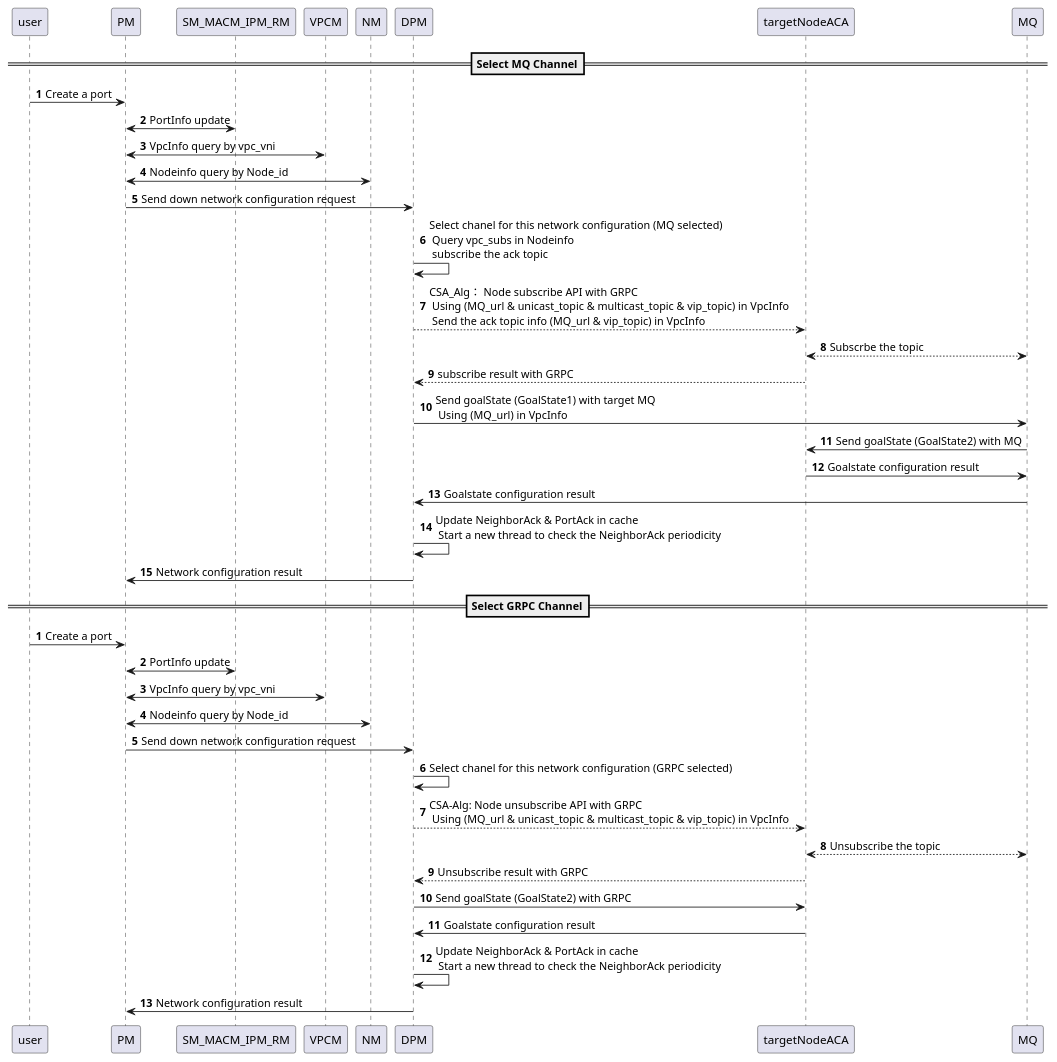
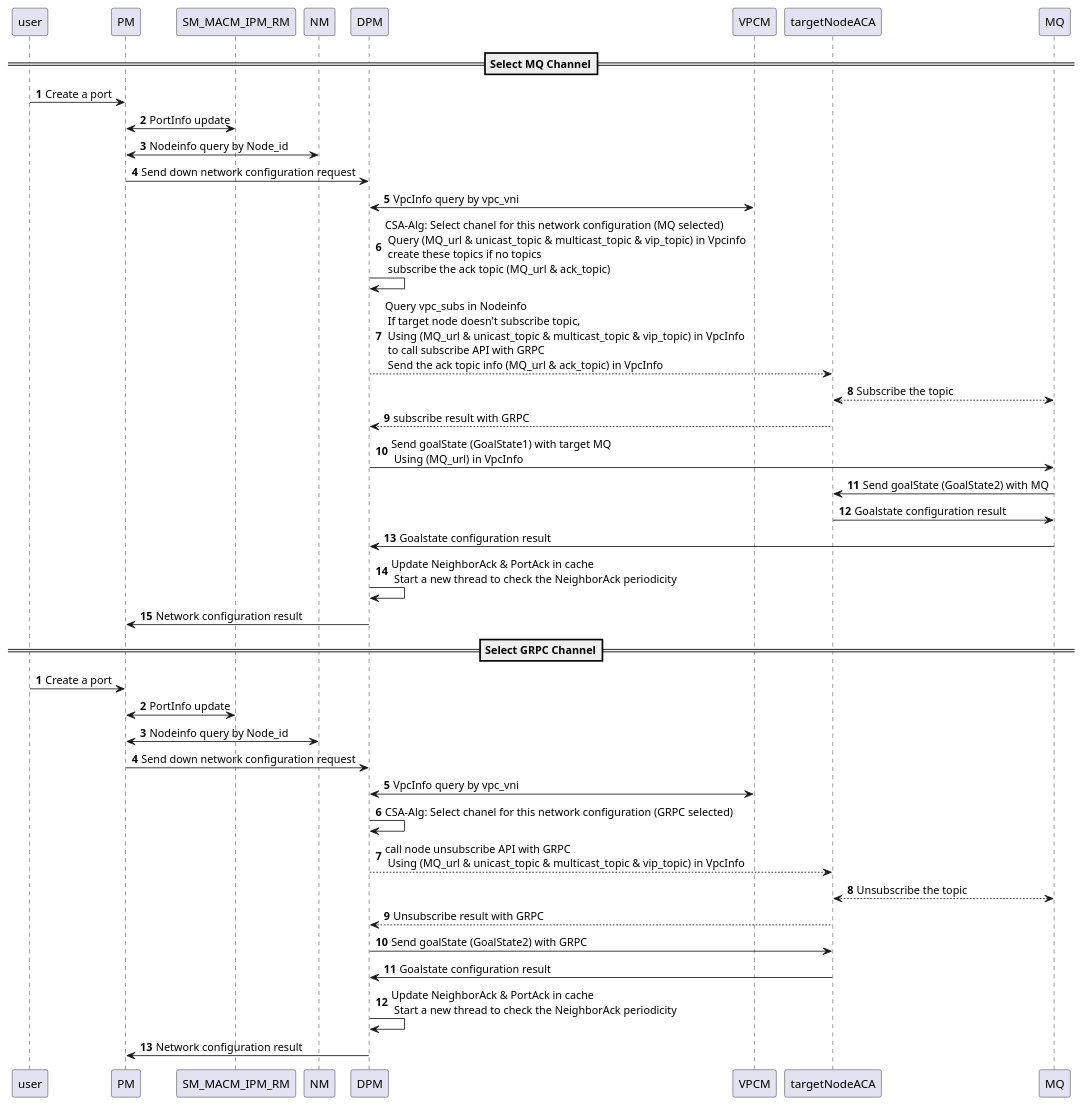
The diagram in docs/modules/ROOT/workflows/MQ_portcreate.puml (futurewei-cloud/alcor), drawn with PlantUML before and after one commit. The commit also changed 5 other files, not shown here.

```diff
--- a/docs/modules/ROOT/workflows/MQ_portcreate.puml
+++ b/docs/modules/ROOT/workflows/MQ_portcreate.puml
@@ -1,51 +1,51 @@
 @startuml
 'https://plantuml.com/sequence-diagram
 
 
 == Select MQ Channel==
 autonumber
 
 user -> PM: Create a port
 PM <-> SM_MACM_IPM_RM: PortInfo update
-PM <-> VPCM: VpcInfo query by vpc_vni
 PM <-> NM: Nodeinfo query by Node_id
 PM -> DPM: Send down network configuration request
-DPM ->DPM: Select chanel for this network configuration (MQ selected)\n Query vpc_subs in Nodeinfo \n subscribe the ack topic
+DPM <-> VPCM: VpcInfo query by vpc_vni
+DPM ->DPM: CSA-Alg: Select chanel for this network configuration (MQ selected)\n Query (MQ_url & unicast_topic & multicast_topic & vip_topic) in Vpcinfo \n create these topics if no topics \n subscribe the ack topic (MQ_url & ack_topic)
 'DPM <-> VPCM: VPC info query
 'DPM <->NM: Query whether target node subscript vpc topic or not
-DPM --> targetNodeACA: CSA_Alg： Node subscribe API with GRPC\n Using (MQ_url & unicast_topic & multicast_topic & vip_topic) in VpcInfo \n Send the ack topic info (MQ_url & vip_topic) in VpcInfo
-targetNodeACA <--> MQ: Subscrbe the topic
+DPM --> targetNodeACA: Query vpc_subs in Nodeinfo \n If target node doesn't subscribe topic, \n Using (MQ_url & unicast_topic & multicast_topic & vip_topic) in VpcInfo \n to call subscribe API with GRPC  \n Send the ack topic info (MQ_url & ack_topic) in VpcInfo
+targetNodeACA <--> MQ: Subscribe the topic
 targetNodeACA --> DPM: subscribe result with GRPC
 'DPM -> NM: Node subscription info update
 DPM -> MQ: Send goalState (GoalState1) with target MQ\n Using (MQ_url) in VpcInfo
 MQ -> targetNodeACA: Send goalState (GoalState2) with MQ
 targetNodeACA -> MQ: Goalstate configuration result
 MQ -> DPM: Goalstate configuration result
 DPM -> DPM: Update NeighborAck & PortAck in cache \n Start a new thread to check the NeighborAck periodicity
 DPM -> PM: Network configuration result
 
 
 
 == Select GRPC Channel==
 autonumber
 
 user -> PM: Create a port
 PM <-> SM_MACM_IPM_RM: PortInfo update
-PM <-> VPCM: VpcInfo query by vpc_vni
 PM <-> NM: Nodeinfo query by Node_id
 PM -> DPM: Send down network configuration request
-DPM ->DPM: Select chanel for this network configuration (GRPC selected)
+DPM <-> VPCM: VpcInfo query by vpc_vni
+DPM ->DPM: CSA-Alg: Select chanel for this network configuration (GRPC selected)
 'DPM <-> VPCM: VPC info query
 'DPM <->NM: Query whether target node subscript vpc topic or not
-DPM --> targetNodeACA: CSA-Alg: Node unsubscribe API with GRPC\n Using (MQ_url & unicast_topic & multicast_topic & vip_topic) in VpcInfo
+DPM --> targetNodeACA: call node unsubscribe API with GRPC\n Using (MQ_url & unicast_topic & multicast_topic & vip_topic) in VpcInfo
 targetNodeACA <--> MQ: Unsubscribe the topic
 targetNodeACA --> DPM: Unsubscribe result with GRPC
 'DPM -> NM: Node subscription info update
 DPM -> targetNodeACA: Send goalState (GoalState2) with GRPC
 targetNodeACA -> DPM: Goalstate configuration result
 DPM -> DPM: Update NeighborAck & PortAck in cache \n Start a new thread to check the NeighborAck periodicity
 DPM -> PM: Network configuration result
 
 
 
 @enduml
```
